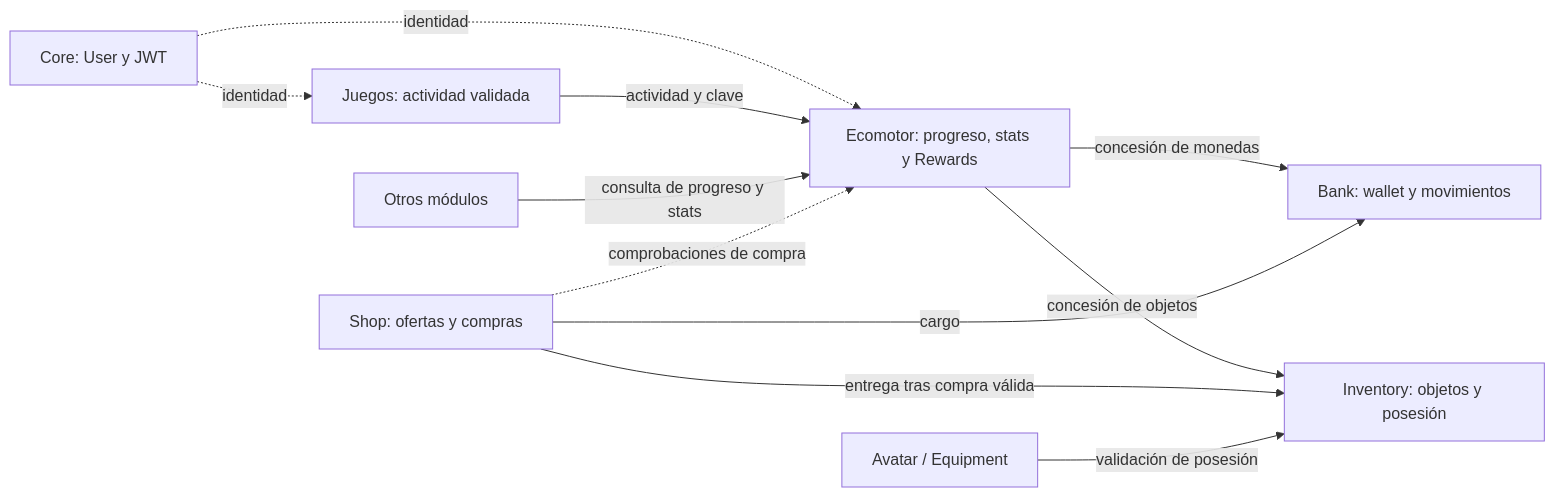
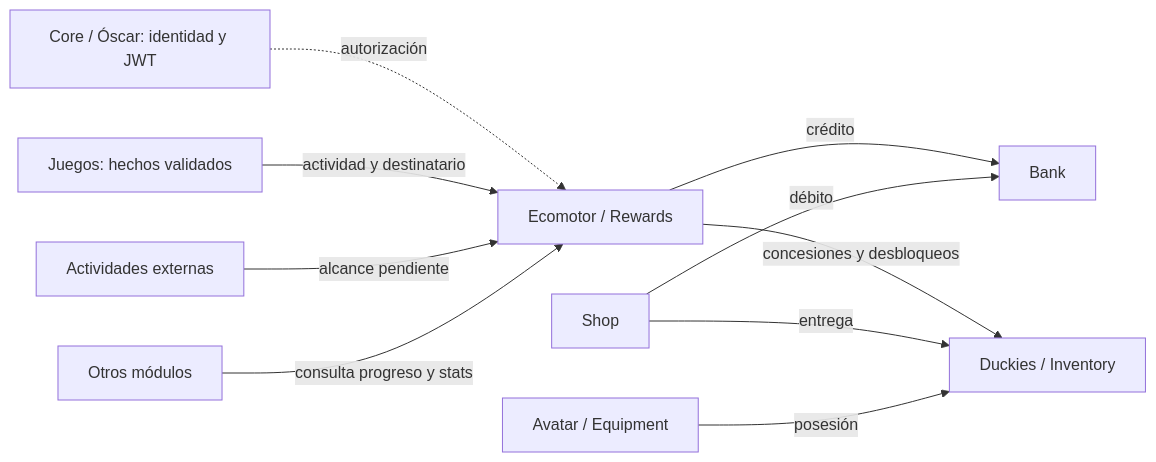
The diagram in docs/architecture.md (Martret92/duckyarenas-team5), drawn with Mermaid before and after one commit. The commit also changed other lines of this file and 5 other files, not shown here.

Commit message:
docs: consolidate team5 architecture and rewards v0

````diff
--- a/docs/architecture.md
+++ b/docs/architecture.md
@@ -100,13 +127,12 @@
 ```mermaid
 flowchart LR
-    Core["Core: User y JWT"] -. identidad .-> Games["Juegos: actividad validada"]
-    Core -. identidad .-> Eco["Ecomotor: progreso, stats y Rewards"]
-    Games -->|actividad y clave| Eco
-    Others["Otros módulos"] -->|consulta de progreso y stats| Eco
-    Eco -->|concesión de monedas| Bank["Bank: wallet y movimientos"]
-    Eco -->|concesión de objetos| Inv["Inventory: objetos y posesión"]
-    Shop["Shop: ofertas y compras"] -->|cargo| Bank
-    Shop -. comprobaciones de compra .-> Eco
-    Shop -->|entrega tras compra válida| Inv
-    Avatar["Avatar / Equipment"] -->|validación de posesión| Inv
+    Core["Core / Óscar: identidad y JWT"] -. autorización .-> Eco["Ecomotor / Rewards"]
+    Games["Juegos: hechos validados"] -->|actividad y destinatario| Eco
+    External["Actividades externas"] -->|alcance pendiente| Eco
+    Other["Otros módulos"] -->|consulta progreso y stats| Eco
+    Eco -->|crédito| Bank["Bank"]
+    Eco -->|concesiones y desbloqueos| Duck["Duckies / Inventory"]
+    Shop["Shop"] -->|débito| Bank
+    Shop -->|entrega| Duck
+    Avatar["Avatar / Equipment"] -->|posesión| Duck
 ```
````
